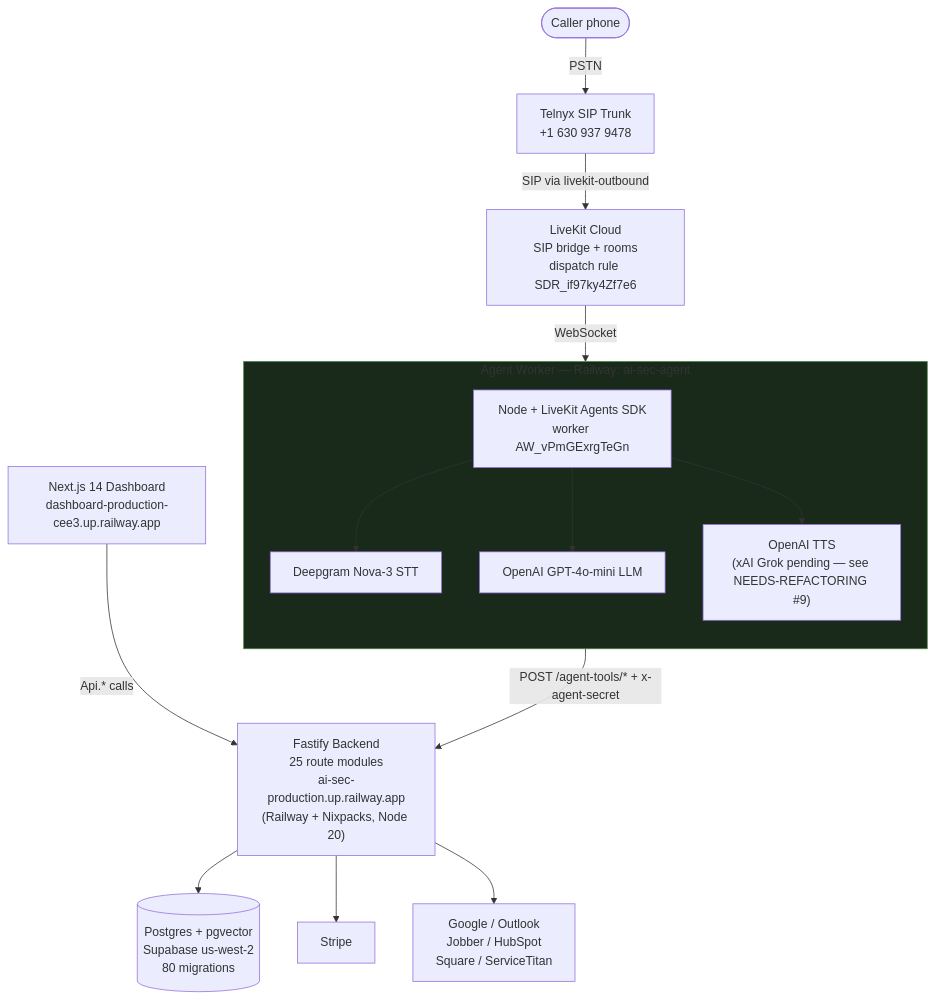
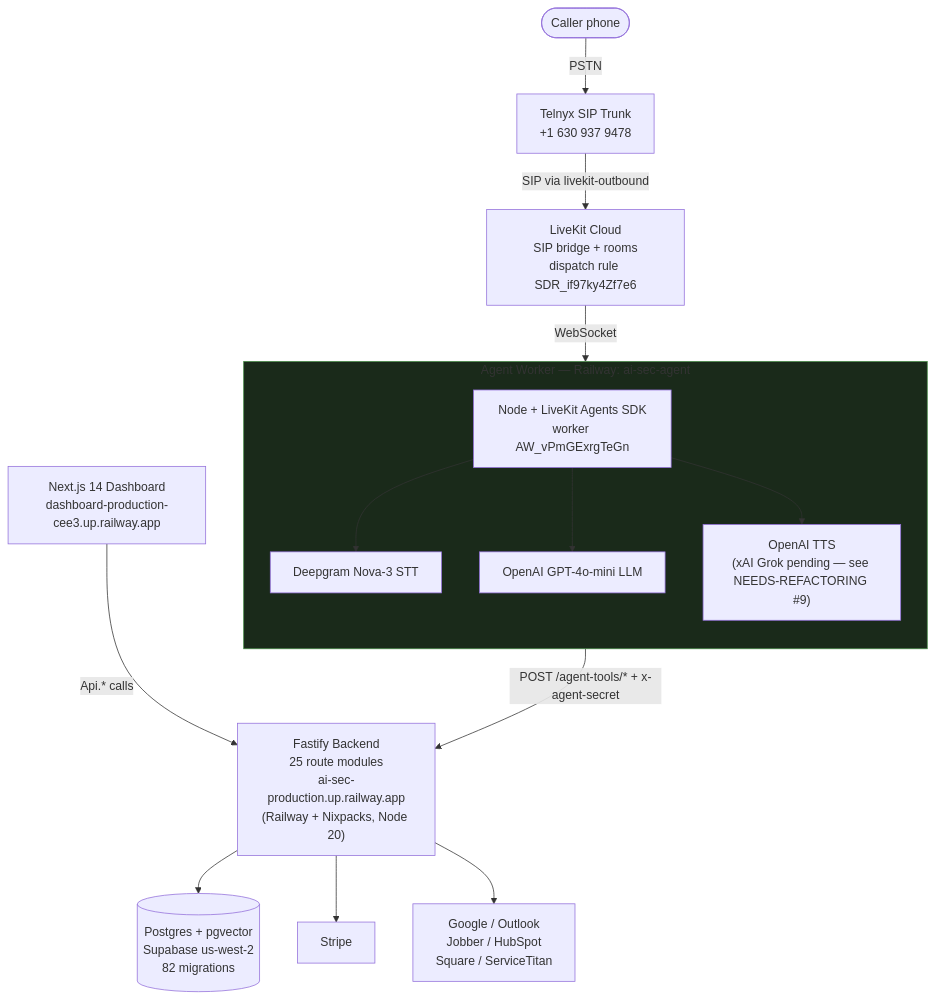
One commit to ddemott/ai-sec changed the first of 11 diagrams in docs/DIAGRAMS.md. Above: the diagram before and after it, drawn with Mermaid. The commit also changed 8 other files, not shown here.

````diff
--- a/docs/DIAGRAMS.md
+++ b/docs/DIAGRAMS.md
@@ -27,37 +27,37 @@
 ```mermaid
 flowchart TB
   Caller([Caller phone])
   Telnyx["Telnyx SIP Trunk<br/>+1 630 937 9478"]
   Caller -->|PSTN| Telnyx
 
   LiveKit["LiveKit Cloud<br/>SIP bridge + rooms<br/>dispatch rule SDR_if97ky4Zf7e6"]
   Telnyx -->|SIP via livekit-outbound| LiveKit
 
   subgraph agentBox["Agent Worker — Railway: ai-sec-agent"]
     direction TB
     Agent["Node + LiveKit Agents SDK<br/>worker AW_vPmGExrgTeGn"]
     DG["Deepgram Nova-3 STT"]
     OAI["OpenAI GPT-4o-mini LLM"]
     TTS["OpenAI TTS<br/>(xAI Grok pending — see NEEDS-REFACTORING #9)"]
     Agent --> DG
     Agent --> OAI
     Agent --> TTS
   end
 
   LiveKit -->|WebSocket| Agent
 
   Fastify["Fastify Backend<br/>25 route modules<br/>ai-sec-production.up.railway.app<br/>(Railway + Nixpacks, Node 20)"]
   Agent -->|POST /agent-tools/* + x-agent-secret| Fastify
 
-  Postgres[("Postgres + pgvector<br/>Supabase us-west-2<br/>80 migrations")]
+  Postgres[("Postgres + pgvector<br/>Supabase us-west-2<br/>82 migrations")]
   Stripe["Stripe"]
   Integrations["Google / Outlook<br/>Jobber / HubSpot<br/>Square / ServiceTitan"]
   Dashboard["Next.js 14 Dashboard<br/>dashboard-production-cee3.up.railway.app"]
 
   Fastify --> Postgres
   Fastify --> Stripe
   Fastify --> Integrations
   Dashboard -->|Api.* calls| Fastify
 
   style agentBox fill:#1a2a1a,stroke:#484
 ```
````
